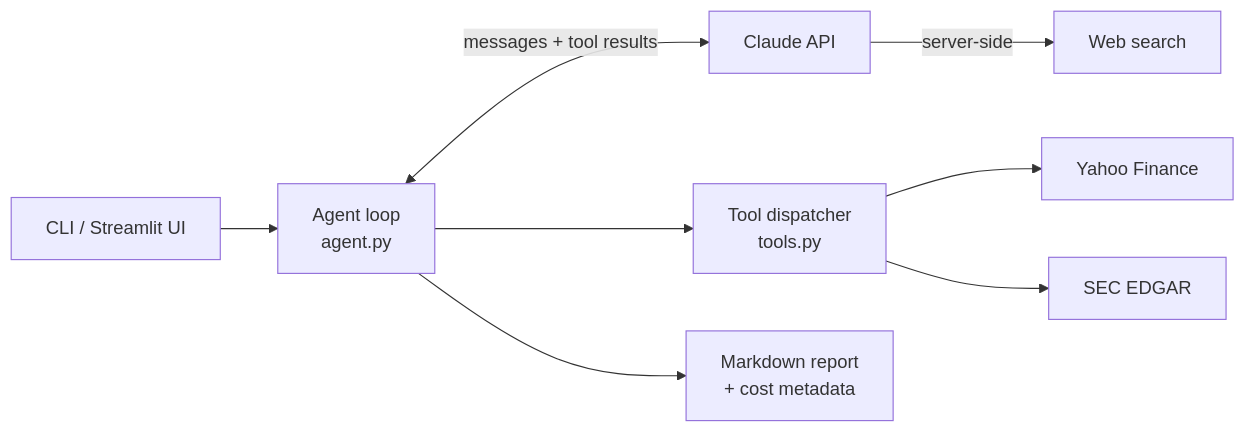
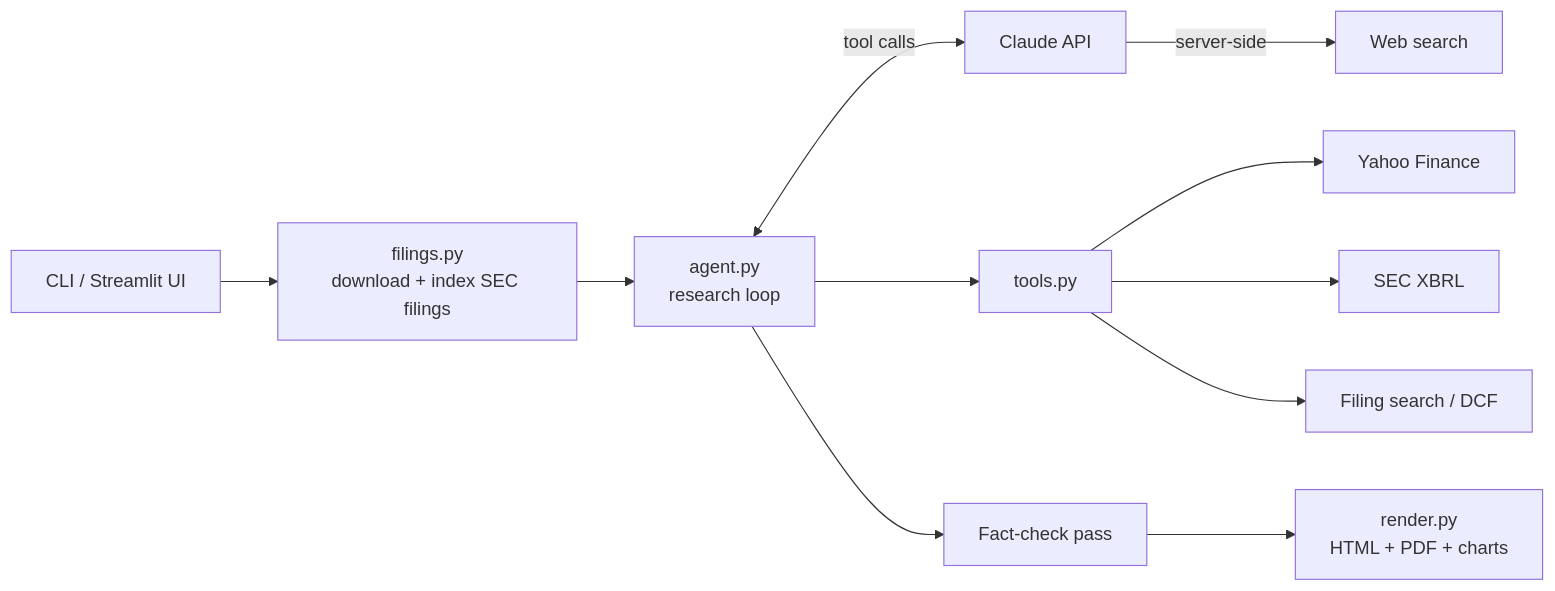
The diagram in README.md (aldanar304-code/Equity-Research-Agent-), drawn with Mermaid before and after one commit. The commit also changed other lines of this file, not shown here.

````diff
--- a/README.md
+++ b/README.md
@@ -32,10 +54,13 @@
 ```mermaid
 flowchart LR
-    U[CLI / Streamlit UI] --> A[Agent loop<br/>agent.py]
-    A <-->|messages + tool results| C[Claude API]
+    U[CLI / Streamlit UI] --> D[filings.py<br/>download + index SEC filings]
+    D --> A[agent.py<br/>research loop]
+    A <-->|tool calls| C[Claude API]
     C -->|server-side| W[Web search]
-    A --> T[Tool dispatcher<br/>tools.py]
+    A --> T[tools.py]
     T --> Y[Yahoo Finance]
-    T --> E[SEC EDGAR]
-    A --> R[Markdown report<br/>+ cost metadata]
+    T --> X[SEC XBRL]
+    T --> S[Filing search / DCF]
+    A --> F[Fact-check pass]
+    F --> R[render.py<br/>HTML + PDF + charts]
 ```
````
